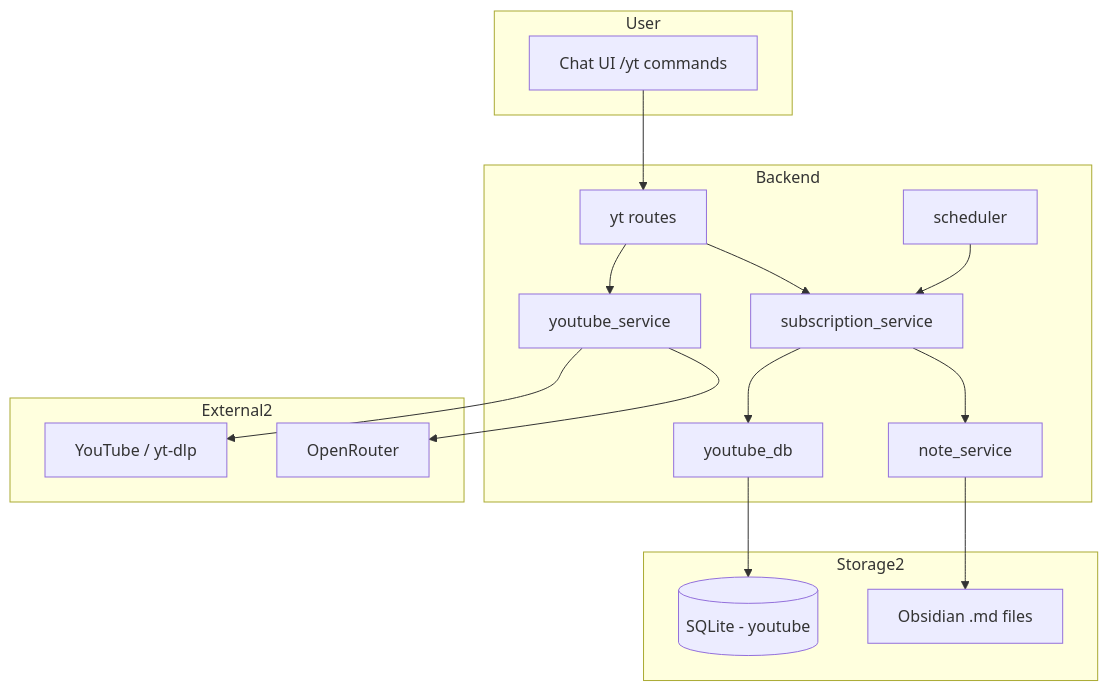
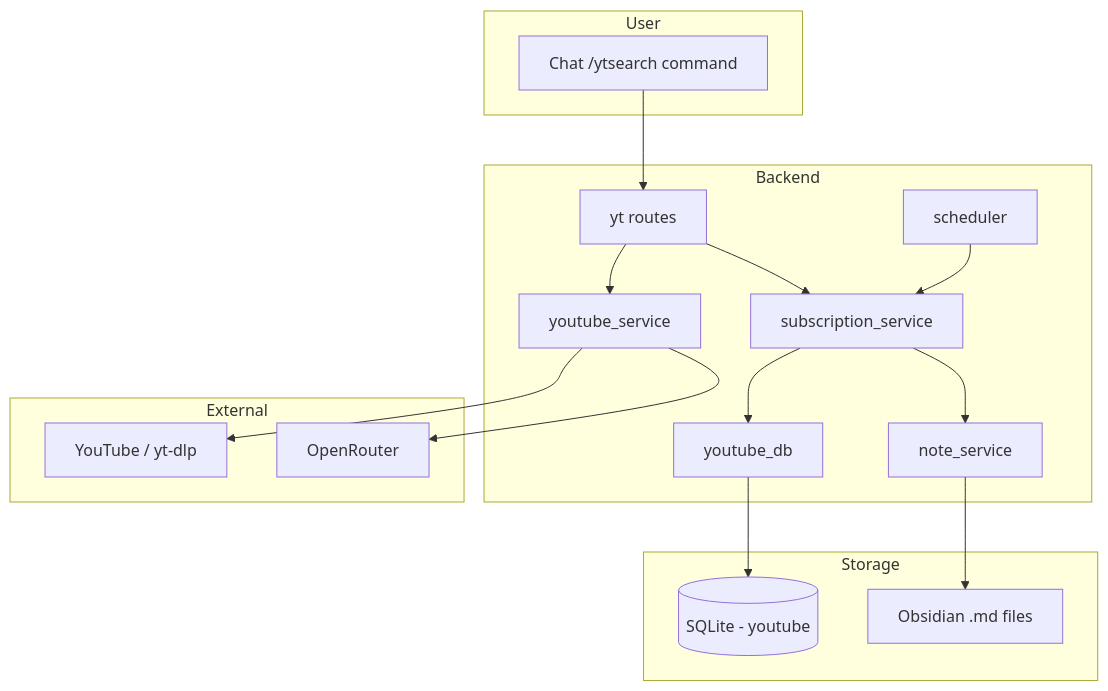
One commit to AlanNobita/The-second-brain changed the fifth of 7 diagrams in docs/ARCHITECTURE.md. Above: the diagram before and after it, drawn with Mermaid. The commit also changed other lines of this file and 5 other files, not shown here.

````diff
--- a/docs/ARCHITECTURE.md
+++ b/docs/ARCHITECTURE.md
@@ -77,36 +130,36 @@
 ```mermaid
 graph TB
     subgraph User
-        CHAT[Chat UI /yt commands]
+        CHAT[Chat /ytsearch command]
     end
 
     subgraph Backend
         YR[yt routes]
         YS[youtube_service]
         NS[note_service]
         SS[subscription_service]
         SC[scheduler]
         YDB[youtube_db]
     end
 
-    subgraph Storage2
+    subgraph Storage
         SQL2[(SQLite - youtube)]
         MD2[Obsidian .md files]
     end
 
-    subgraph External2
+    subgraph External
         YT_API[YouTube / yt-dlp]
         OR2[OpenRouter]
     end
 
     CHAT --> YR
     YR --> YS
     YR --> SS
     YS --> YT_API
     YS --> OR2
     SS --> NS
     NS --> MD2
     SS --> YDB
     YDB --> SQL2
     SC --> SS
 ```
````
